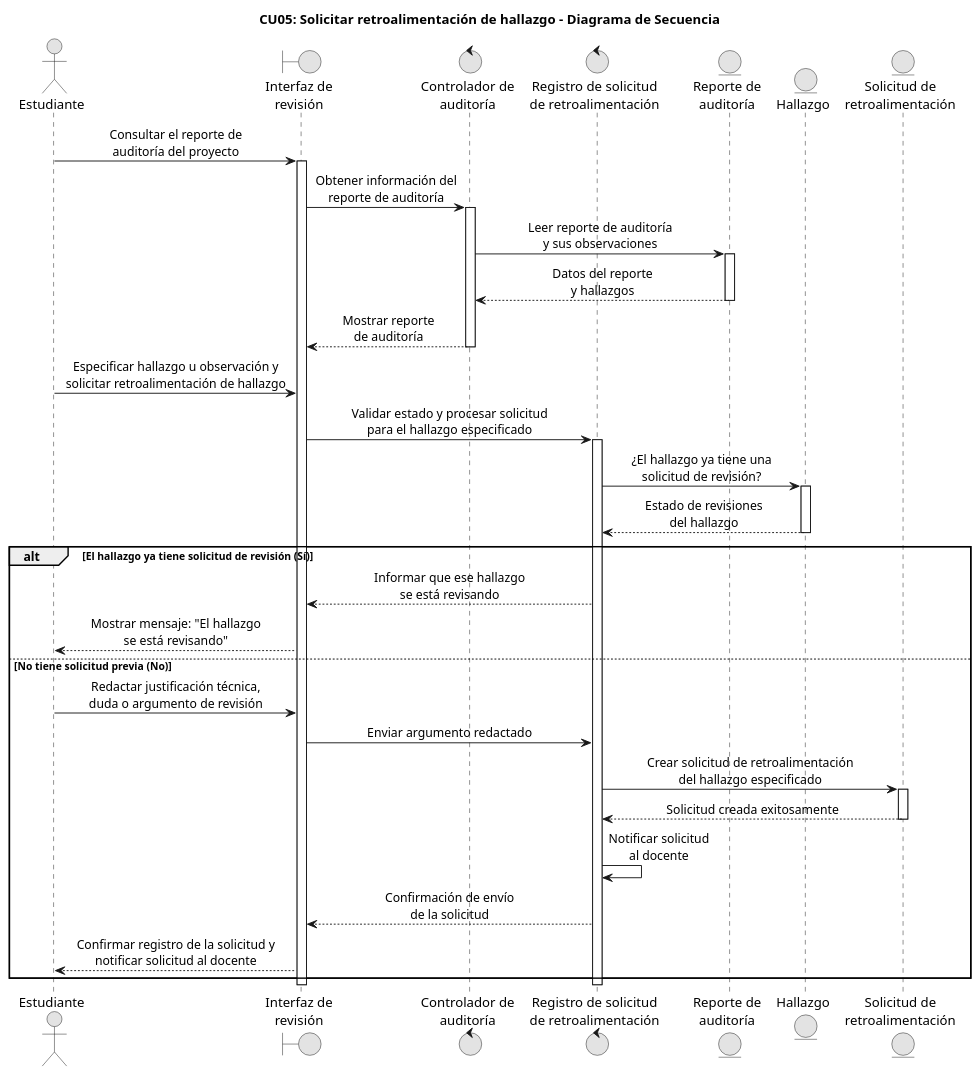
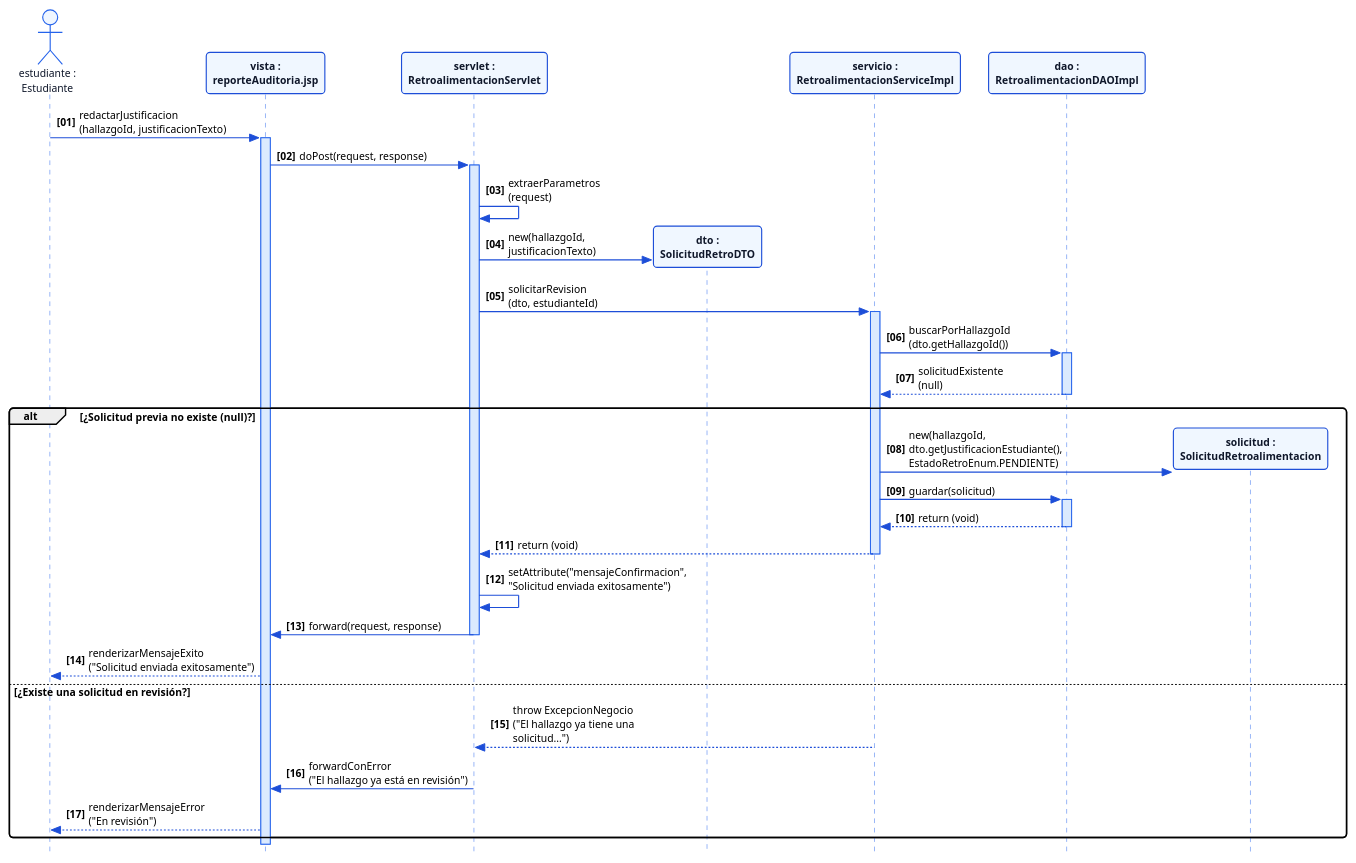
The diagram in docs/incremento2/sequenceDiagrams/cu05-solicitarFeedback.puml (ErickBaja05/GR4_1BT3_622_26B), drawn with PlantUML before and after one commit. The commit also changed 1 other file, not shown here.

Commit message:
Corrijo diagramas robustezc secuencia de CU05-solicitarFeedback

```diff
--- a/docs/incremento2/sequenceDiagrams/cu05-solicitarFeedback.puml
+++ b/docs/incremento2/sequenceDiagrams/cu05-solicitarFeedback.puml
@@ -1,57 +1,92 @@
 @startuml
-skinparam sequenceMessageAlign center
-skinparam monochrome true
+skinparam style strictuml
+skinparam defaultFontName "Segoe UI"
+skinparam defaultFontSize 11
+skinparam roundCorner 8
+skinparam shadowing false
 
-title CU05: Solicitar retroalimentación de hallazgo - Diagrama de Secuencia
+' --- AJUSTES PARA COMPACTAR HORIZONTALMENTE ---
+' Define un ancho máximo en píxeles antes de hacer salto de línea en los mensajes
+skinparam maxMessageSize 180
+' Agrupa participantes o ajusta espacio si es necesario
+skinparam SequenceParticipantPadding 10
+skinparam SequenceBoxPadding 5
 
-actor "Estudiante" as Estudiante
-boundary "Interfaz de\nrevisión" as Interfaz
-control "Controlador de\nauditoría" as CtrlAuditoria
-control "Registro de solicitud\nde retroalimentación" as CtrlRetro
-entity "Reporte de\nauditoría" as Reporte
-entity "Hallazgo" as Hallazgo
-entity "Solicitud de\nretroalimentación" as Solicitud
+skinparam participant {
+    BackgroundColor #F0F7FF
+    BorderColor #1D4ED8
+    BorderThickness 1.2
+    FontColor #0F172A
+    FontStyle bold
+}
 
-Estudiante -> Interfaz : Consultar el reporte de\nauditoría del proyecto
-activate Interfaz
+skinparam actor {
+    BackgroundColor #EFF6FF
+    BorderColor #2563EB
+    BorderThickness 1.2
+    FontColor #0F172A
+}
 
-Interfaz -> CtrlAuditoria : Obtener información del\nreporte de auditoría
-activate CtrlAuditoria
+skinparam sequence {
+    LifeLineBackgroundColor #DBEAFE
+    LifeLineBorderColor #2563EB
+    ArrowColor #1D4ED8
+    ArrowThickness 1.2
+}
 
-CtrlAuditoria -> Reporte : Leer reporte de auditoría\ny sus observaciones
-activate Reporte
-Reporte --> CtrlAuditoria : Datos del reporte\ny hallazgos
-deactivate Reporte
+autonumber "<b>[00]</b>"
 
-CtrlAuditoria --> Interfaz : Mostrar reporte\nde auditoría
-deactivate CtrlAuditoria
+' Nombres con saltos de línea en los participantes largos
+actor "estudiante :\nEstudiante" as estudiante
+participant "vista :\nreporteAuditoria.jsp" as jsp
+participant "servlet :\nRetroalimentacionServlet" as servlet
+participant "dto :\nSolicitudRetroDTO" as dto
+participant "servicio :\nRetroalimentacionServiceImpl" as service
+participant "dao :\nRetroalimentacionDAOImpl" as dao
+participant "solicitud :\nSolicitudRetroalimentacion" as solicitud
 
-Estudiante -> Interfaz : Especificar hallazgo u observación y\nsolicitar retroalimentación de hallazgo
-Interfaz -> CtrlRetro : Validar estado y procesar solicitud\npara el hallazgo especificado
-activate CtrlRetro
+estudiante -> jsp : redactarJustificacion\n(hallazgoId, justificacionTexto)
+activate jsp
 
-CtrlRetro -> Hallazgo : ¿El hallazgo ya tiene una\nsolicitud de revisión?
-activate Hallazgo
-Hallazgo --> CtrlRetro : Estado de revisiones\ndel hallazgo
-deactivate Hallazgo
+jsp -> servlet : doPost(request, response)
+activate servlet
 
-alt El hallazgo ya tiene solicitud de revisión (Sí)
-    CtrlRetro --> Interfaz : Informar que ese hallazgo\nse está revisando
-    Interfaz --> Estudiante : Mostrar mensaje: "El hallazgo\nse está revisando"
-else No tiene solicitud previa (No)
-    Estudiante -> Interfaz : Redactar justificación técnica,\nduda o argumento de revisión
-    Interfaz -> CtrlRetro : Enviar argumento redactado
-    
-    CtrlRetro -> Solicitud : Crear solicitud de retroalimentación\ndel hallazgo especificado
-    activate Solicitud
-    Solicitud --> CtrlRetro : Solicitud creada exitosamente
-    deactivate Solicitud
-    
-    CtrlRetro -> CtrlRetro : Notificar solicitud\nal docente
-    CtrlRetro --> Interfaz : Confirmación de envío\nde la solicitud
-    Interfaz --> Estudiante : Confirmar registro de la solicitud y\nnotificar solicitud al docente
+servlet -> servlet : extraerParametros\n(request)
+
+create dto
+servlet -> dto : new(hallazgoId,\njustificacionTexto)
+
+servlet -> service : solicitarRevision\n(dto, estudianteId)
+activate service
+
+' Validación de existencia de revisión previa
+service -> dao : buscarPorHallazgoId\n(dto.getHallazgoId())
+activate dao
+dao --> service : solicitudExistente\n(null)
+deactivate dao
+
+alt ¿Solicitud previa no existe (null)?
+    create solicitud
+    service -> solicitud : new(hallazgoId, dto.getJustificacionEstudiante(),\nEstadoRetroEnum.PENDIENTE)
+
+    service -> dao : guardar(solicitud)
+    activate dao
+    dao --> service : return (void)
+    deactivate dao
+
+    service --> servlet : return (void)
+    deactivate service
+
+    servlet -> servlet : setAttribute("mensajeConfirmacion",\n"Solicitud enviada exitosamente")
+    servlet -> jsp : forward(request, response)
+    deactivate servlet
+
+    jsp --> estudiante : renderizarMensajeExito\n("Solicitud enviada exitosamente")
+else ¿Existe una solicitud en revisión?
+    service --> servlet : throw ExcepcionNegocio\n("El hallazgo ya tiene una solicitud...")
+    servlet -> jsp : forwardConError\n("El hallazgo ya está en revisión")
+    jsp --> estudiante : renderizarMensajeError\n("En revisión")
 end
+deactivate jsp
 
-deactivate CtrlRetro
-deactivate Interfaz
 @enduml
```
